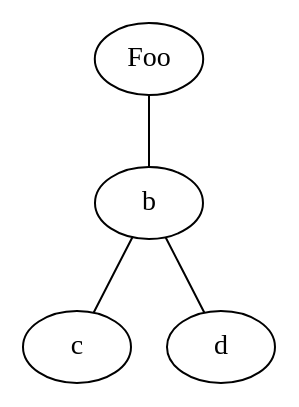
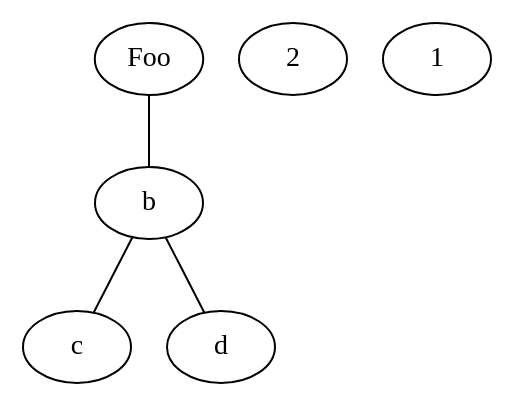
One commit to pydoted/dotEd changed the diagram in doted/test.dot. Above: the diagram before and after it, drawn with Graphviz. The commit also changed 11 other files, not shown here.

```diff
--- a/doted/test.dot
+++ b/doted/test.dot
@@ -1,6 +1,7 @@
 graph graphname {
      a [label="Foo"];
-     b;
-     a -- b -- c;
+     2;
+     1;
+     a --b -- c;
      b -- d;
  }
```
